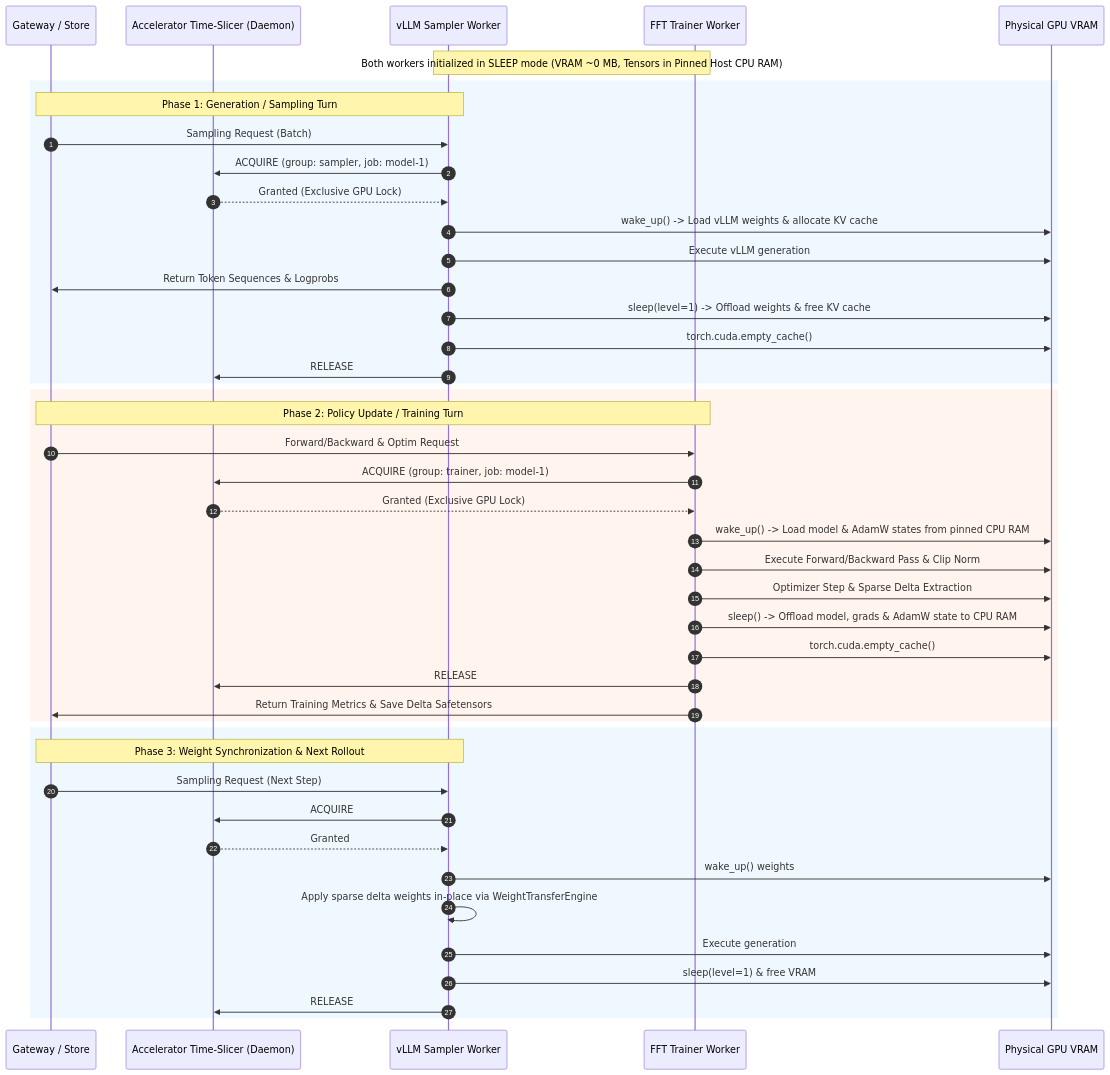
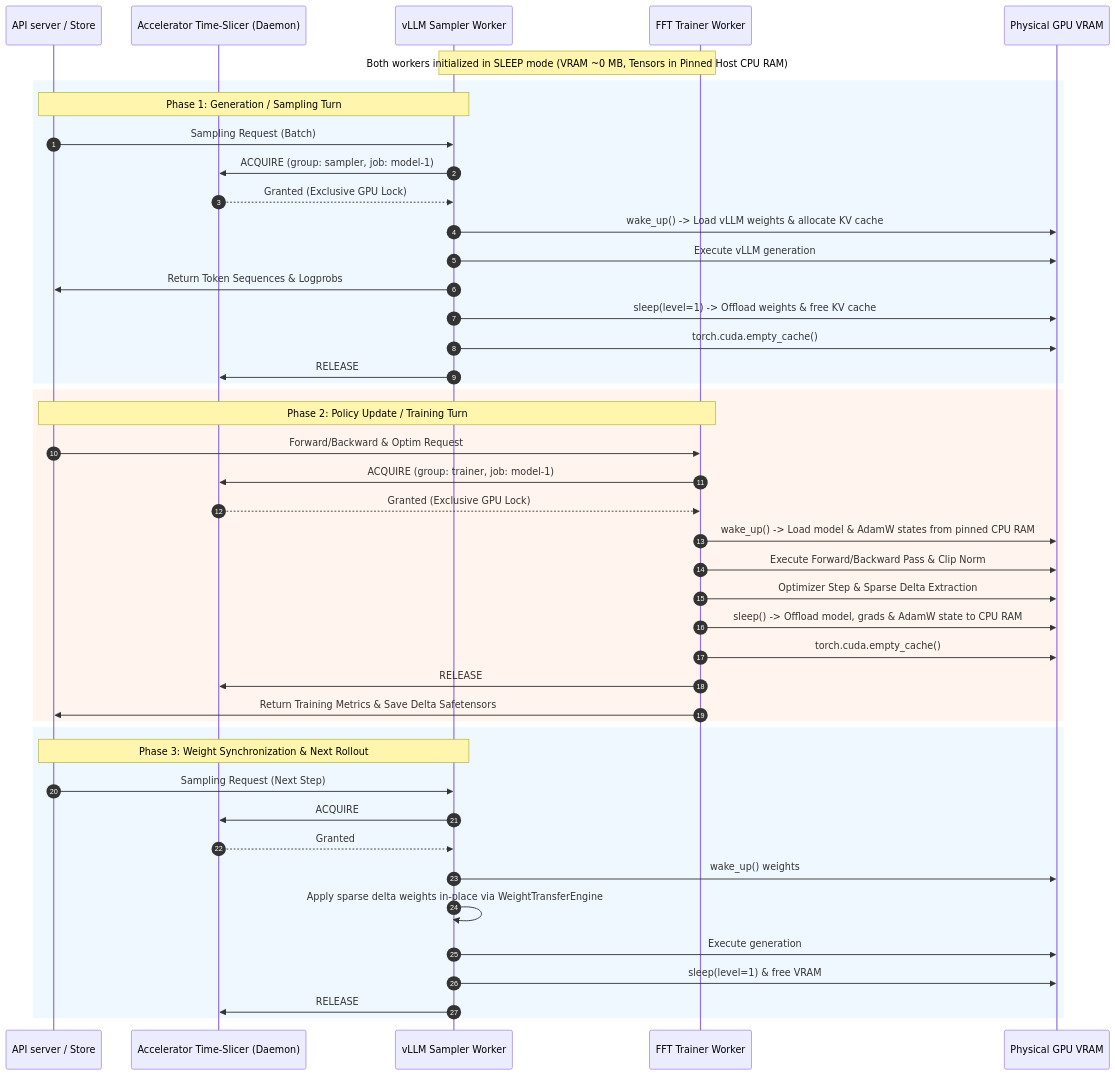
Before and after one commit to ShubyM/open-rl: the diagram in docs/designs/008-single-node-shared-training-sampling.md, drawn with Mermaid. The commit also changed other lines of this file and 90 other files, not shown here.

Commit message:
Rename the gateway to the API server (#253)

````diff
--- a/docs/designs/008-single-node-shared-training-sampling.md
+++ b/docs/designs/008-single-node-shared-training-sampling.md
@@ -84,50 +84,50 @@
 ```mermaid
 sequenceDiagram
     autonumber
-    participant Gateway as Gateway / Store
+    participant APIServer as API server / Store
     participant TS as Accelerator Time-Slicer (Daemon)
     participant Sampler as vLLM Sampler Worker
     participant Trainer as FFT Trainer Worker
     participant GPU as Physical GPU VRAM
 
     Note over Sampler,Trainer: Both workers initialized in SLEEP mode (VRAM ~0 MB, Tensors in Pinned Host CPU RAM)
 
     rect rgb(240, 248, 255)
-    Note over Gateway,Sampler: Phase 1: Generation / Sampling Turn
-    Gateway->>Sampler: Sampling Request (Batch)
+    Note over APIServer,Sampler: Phase 1: Generation / Sampling Turn
+    APIServer->>Sampler: Sampling Request (Batch)
     Sampler->>TS: ACQUIRE (group: sampler, job: model-1)
     TS-->>Sampler: Granted (Exclusive GPU Lock)
     Sampler->>GPU: wake_up() -> Load vLLM weights & allocate KV cache
     Sampler->>GPU: Execute vLLM generation
-    Sampler->>Gateway: Return Token Sequences & Logprobs
+    Sampler->>APIServer: Return Token Sequences & Logprobs
     Sampler->>GPU: sleep(level=1) -> Offload weights & free KV cache
     Sampler->>GPU: torch.cuda.empty_cache()
     Sampler->>TS: RELEASE
     end
 
     rect rgb(255, 245, 238)
-    Note over Gateway,Trainer: Phase 2: Policy Update / Training Turn
-    Gateway->>Trainer: Forward/Backward & Optim Request
+    Note over APIServer,Trainer: Phase 2: Policy Update / Training Turn
+    APIServer->>Trainer: Forward/Backward & Optim Request
     Trainer->>TS: ACQUIRE (group: trainer, job: model-1)
     TS-->>Trainer: Granted (Exclusive GPU Lock)
     Trainer->>GPU: wake_up() -> Load model & AdamW states from pinned CPU RAM
     Trainer->>GPU: Execute Forward/Backward Pass & Clip Norm
     Trainer->>GPU: Optimizer Step & Sparse Delta Extraction
     Trainer->>GPU: sleep() -> Offload model, grads & AdamW state to CPU RAM
     Trainer->>GPU: torch.cuda.empty_cache()
     Trainer->>TS: RELEASE
-    Trainer->>Gateway: Return Training Metrics & Save Delta Safetensors
+    Trainer->>APIServer: Return Training Metrics & Save Delta Safetensors
     end
 
     rect rgb(240, 248, 255)
-    Note over Gateway,Sampler: Phase 3: Weight Synchronization & Next Rollout
-    Gateway->>Sampler: Sampling Request (Next Step)
+    Note over APIServer,Sampler: Phase 3: Weight Synchronization & Next Rollout
+    APIServer->>Sampler: Sampling Request (Next Step)
     Sampler->>TS: ACQUIRE
     TS-->>Sampler: Granted
     Sampler->>GPU: wake_up() weights
     Sampler->>Sampler: Apply sparse delta weights in-place via WeightTransferEngine
     Sampler->>GPU: Execute generation
     Sampler->>GPU: sleep(level=1) & free VRAM
     Sampler->>TS: RELEASE
     end
 ```
````
